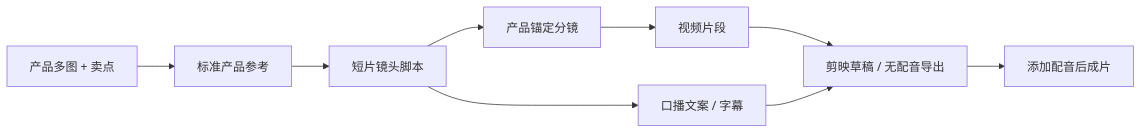
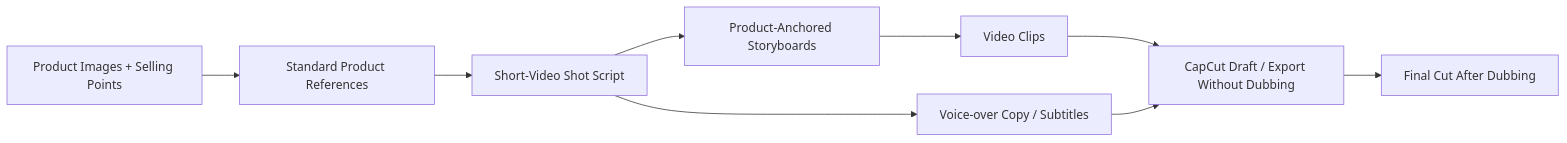
The third of 3 diagrams in website/i18n/en/docusaurus-plugin-content-docs/current/guide/workflows.md (ArcReel/ArcReel), drawn with Mermaid before and after one commit. The commit also changed other lines of this file and 9 other files, not shown here.

````diff
--- a/website/i18n/en/docusaurus-plugin-content-docs/current/guide/workflows.md
+++ b/website/i18n/en/docusaurus-plugin-content-docs/current/guide/workflows.md
@@ -171,11 +171,11 @@
 ```mermaid
 flowchart LR
-    A["产品多图 + 卖点"] --> B["标准产品参考"]
-    B --> C["短片镜头脚本"]
-    C --> D["产品锚定分镜"]
-    D --> E["视频片段"]
-    C --> F["口播文案 / 字幕"]
-    E --> G["剪映草稿 / 无配音导出"]
+    A["Product Images + Selling Points"] --> B["Standard Product References"]
+    B --> C["Short-Video Shot Script"]
+    C --> D["Product-Anchored Storyboards"]
+    D --> E["Video Clips"]
+    C --> F["Voice-over Copy / Subtitles"]
+    E --> G["CapCut Draft / Export Without Dubbing"]
     F --> G
-    G --> H["添加配音后成片"]
+    G --> H["Final Cut After Dubbing"]
 ```
````
